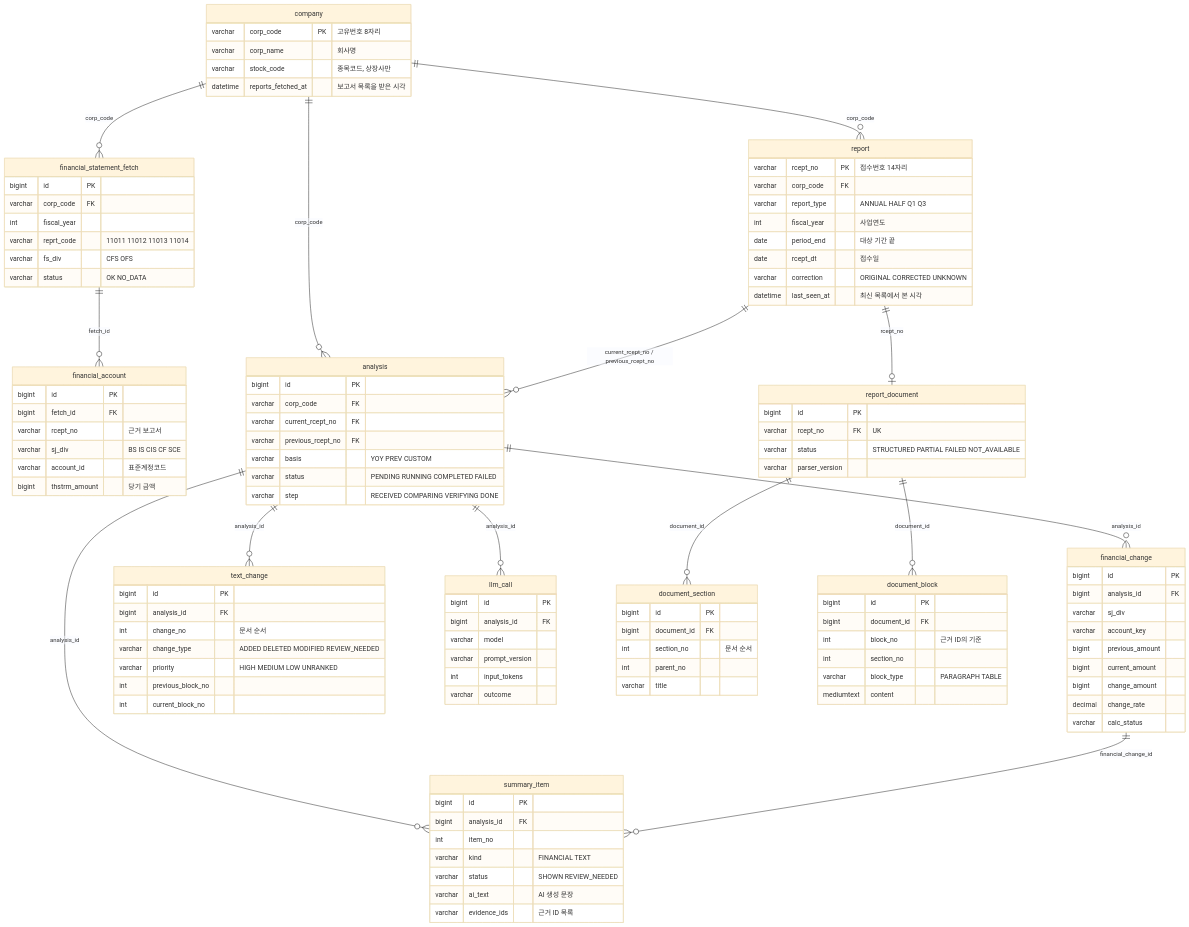
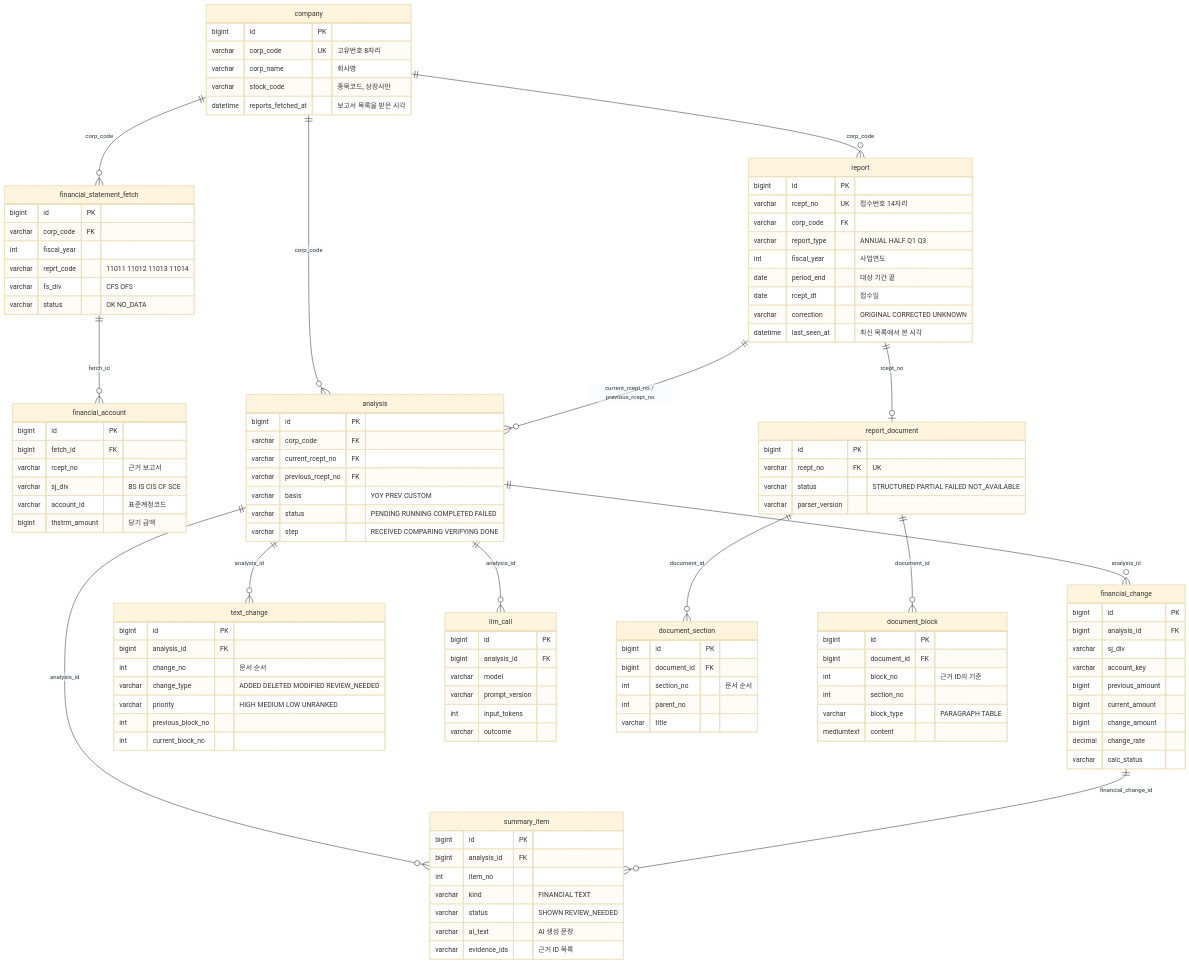
Before and after one commit to ShinhanDSProject/dart-insight: the diagram in docs/erd.md, drawn with Mermaid (base theme). The commit also changed other lines of this file and 15 other files, not shown here.

```diff
--- a/docs/erd.md
+++ b/docs/erd.md
@@ -47,13 +47,15 @@
     report_document ||--o{ document_block : "document_id"
 
     company {
-        varchar corp_code PK "고유번호 8자리"
+        bigint id PK
+        varchar corp_code UK "고유번호 8자리"
         varchar corp_name "회사명"
         varchar stock_code "종목코드, 상장사만"
         datetime reports_fetched_at "보고서 목록을 받은 시각"
     }
     report {
-        varchar rcept_no PK "접수번호 14자리"
+        bigint id PK
+        varchar rcept_no UK "접수번호 14자리"
         varchar corp_code FK
         varchar report_type "ANNUAL HALF Q1 Q3"
         int fiscal_year "사업연도"
```
